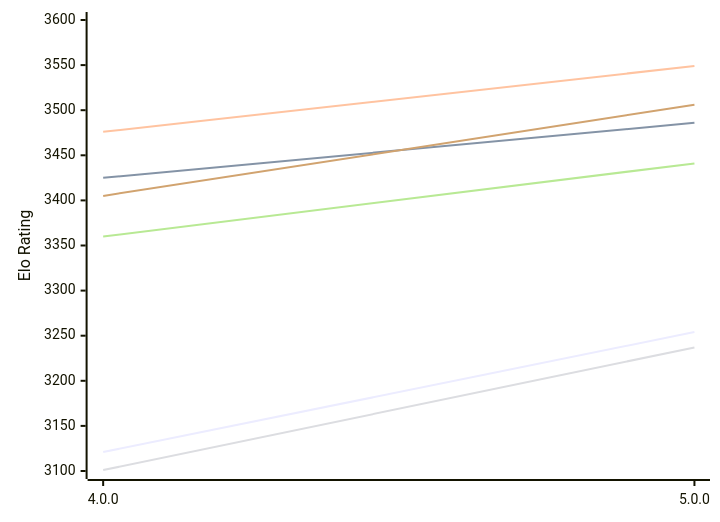
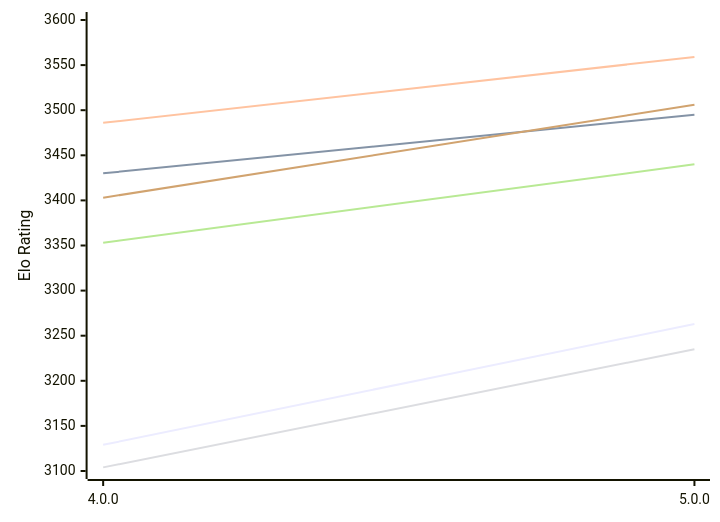
The first of 2 diagrams in engines/Avalanche.md (computer-chess-index/cci), drawn with Mermaid before and after one commit. The commit also changed other lines of this file, not shown here.

Commit message:
Update CCI Ratings (ELO VLTC) - 2026-11-16

````diff
--- a/engines/Avalanche.md
+++ b/engines/Avalanche.md
@@ -50,12 +50,12 @@
 ```mermaid
 %%{init: {"theme":"base","themeVariables":{"seriesColors:['#a3a3a3','#222221','#faa371']}}}%%
 xychart-beta
   x-axis ["4.0.0", "5.0.0"]
   y-axis "Elo Rating" 3100 --> 3600
-  line "E1: STC (8.0+0.08s)" [3121, 3254]
-  line "E1: LTC (60.0+0.60s)" [3425, 3486]
-  line "E1: VLTC (2m24s+1.12s)" [3476, 3549]
-  line "P1: STC (8.0+0.08s)" [3101, 3237]
-  line "P1: LTC (60.0+0.60s)" [3360, 3441]
-  line "P1: VLTC (2m24s+1.12s)" [3405, 3506]
+  line "E1: STC (8.0+0.08s)" [3129, 3263]
+  line "E1: LTC (60.0+0.60s)" [3430, 3495]
+  line "E1: VLTC (2m24s+1.12s)" [3486, 3559]
+  line "P1: STC (8.0+0.08s)" [3104, 3235]
+  line "P1: LTC (60.0+0.60s)" [3353, 3440]
+  line "P1: VLTC (2m24s+1.12s)" [3403, 3506]
 ```
````
